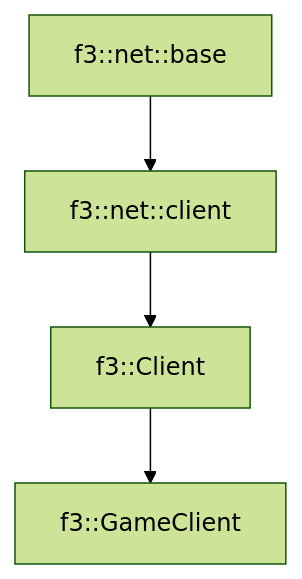
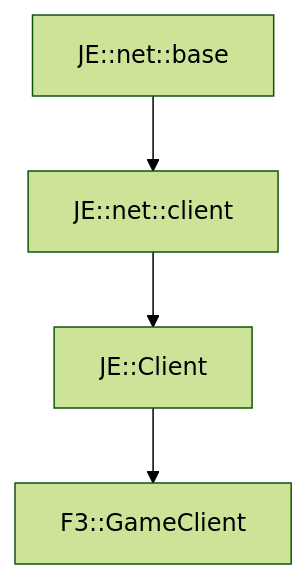
Before and after one commit to OpenJE/openvb: the diagram in docs/f3/GameClient.md, drawn with Mermaid (forest theme). The commit also changed other lines of this file and 1399 other files, not shown here.

````diff
--- a/docs/f3/GameClient.md
+++ b/docs/f3/GameClient.md
@@ -18,6 +18,6 @@
 ```mermaid
 graph TD;
-    f3::net::base --> f3::net::client
-    f3::net::client --> f3::Client
-    f3::Client --> f3::GameClient
+    JE::net::base --> JE::net::client
+    JE::net::client --> JE::Client
+    JE::Client --> F3::GameClient
 ```
````
